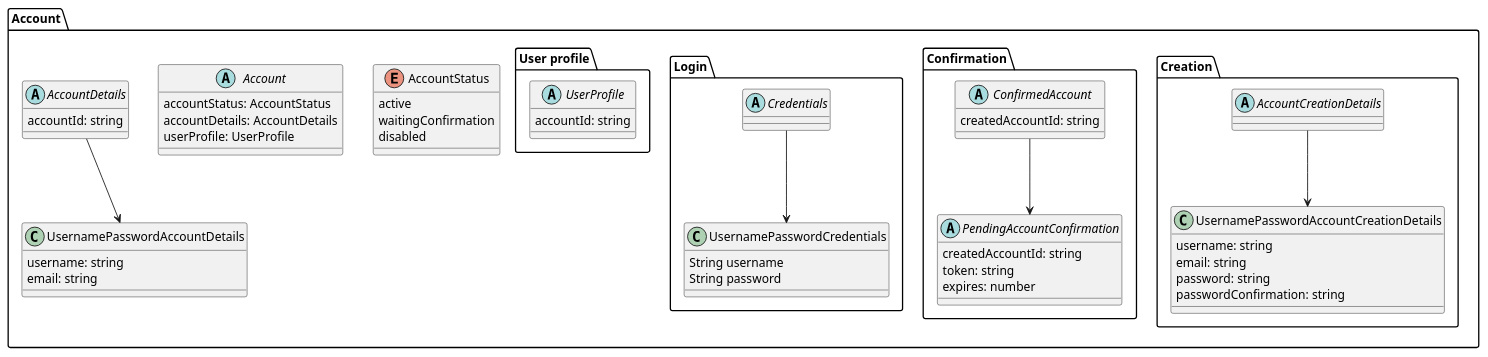
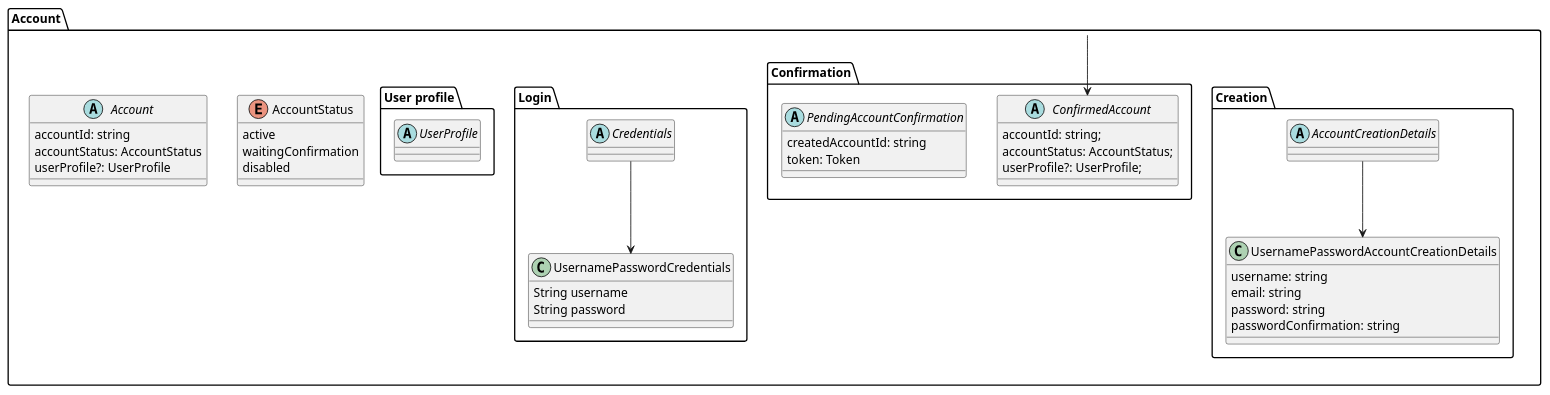
Before and after one commit to Naeoth/documentation: the diagram in src/docs/asciidoc/common/cloud-services/user-management/classes-diagram/account-classes-diagram.adoc, drawn with PlantUML. The commit also changed 1 other file, not shown here.

Commit message:
Update classes diagrams

```diff
--- a/src/docs/asciidoc/common/cloud-services/user-management/classes-diagram/account-classes-diagram.adoc
+++ b/src/docs/asciidoc/common/cloud-services/user-management/classes-diagram/account-classes-diagram.adoc
@@ -5,73 +5,61 @@
 [plantuml, account-classes-diagram, png]
 ....
 package "Account" {
 
     package "Creation" {
         abstract class AccountCreationDetails
 
         class UsernamePasswordAccountCreationDetails {
             username: string
             email: string
             password: string
             passwordConfirmation: string
         }
 
         AccountCreationDetails --> UsernamePasswordAccountCreationDetails
     }
 
     package "Confirmation" {
         abstract class ConfirmedAccount {
-            createdAccountId: string
+            accountId: string;
+            accountStatus: AccountStatus;
+            userProfile?: UserProfile;
         }
 
         abstract class PendingAccountConfirmation {
             createdAccountId: string
-            token: string
-            expires: number
+            token: Token
         }
 
-        ConfirmedAccount --> PendingAccountConfirmation
+        Account --> ConfirmedAccount
     }
 
     package "Login" {
         abstract class Credentials
 
         class UsernamePasswordCredentials {
             String username
             String password
         }
 
         Credentials --> UsernamePasswordCredentials
     }
 
     enum AccountStatus {
         active
         waitingConfirmation
         disabled
     }
 
     abstract class Account {
+        accountId: string
         accountStatus: AccountStatus
-        accountDetails: AccountDetails
-        userProfile: UserProfile
+        userProfile?: UserProfile
 
     }
 
-    abstract class AccountDetails {
-        accountId: string
-    }
-
-    class UsernamePasswordAccountDetails {
-        username: string
-        email: string
-    }
-
-    AccountDetails --> UsernamePasswordAccountDetails
-
     package "User profile" {
-        abstract class UserProfile {
-            accountId: string
-        }
+        abstract class UserProfile {}
     }
 }
 ....
```
